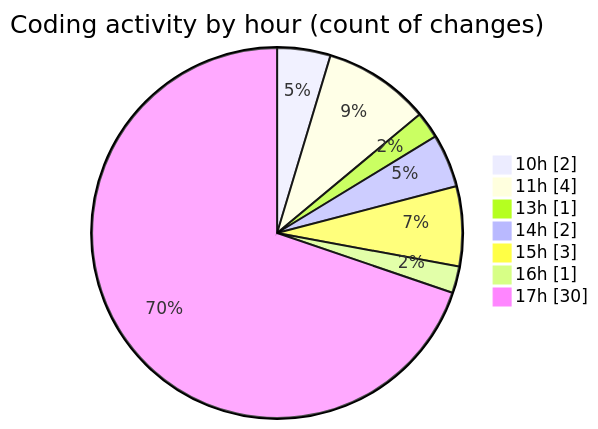
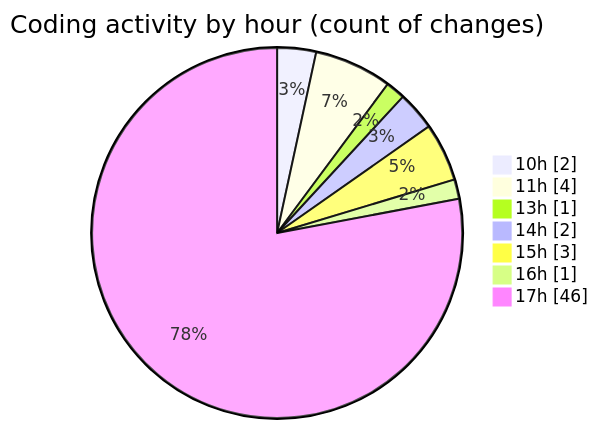
One commit to nxtqubesakshisongat/code-tracking changed the second of 2 diagrams in 2025-05-02/nxtqube_webapp/README.md. Above: the diagram before and after it, drawn with Mermaid. The commit also changed other lines of this file and 1 other file, not shown here.

````diff
--- a/2025-05-02/nxtqube_webapp/README.md
+++ b/2025-05-02/nxtqube_webapp/README.md
@@ -36,11 +36,11 @@
 ```mermaid
 pie showData
 title Coding activity by hour (count of changes)
 "10h" : 2
 "11h" : 4
 "13h" : 1
 "14h" : 2
 "15h" : 3
 "16h" : 1
-"17h" : 30
+"17h" : 46
 ```
````
